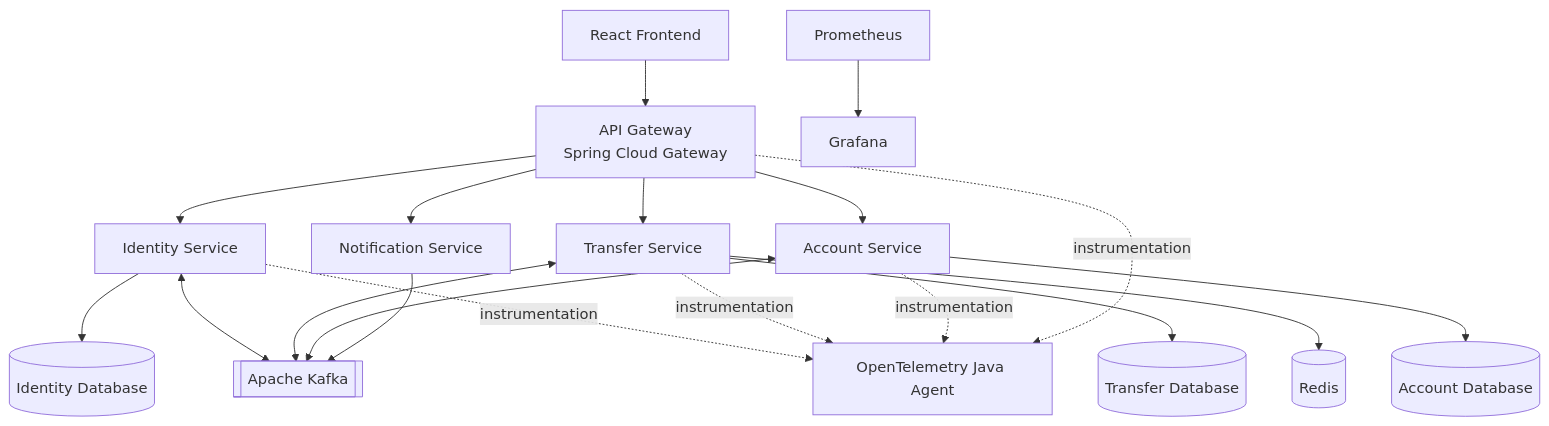
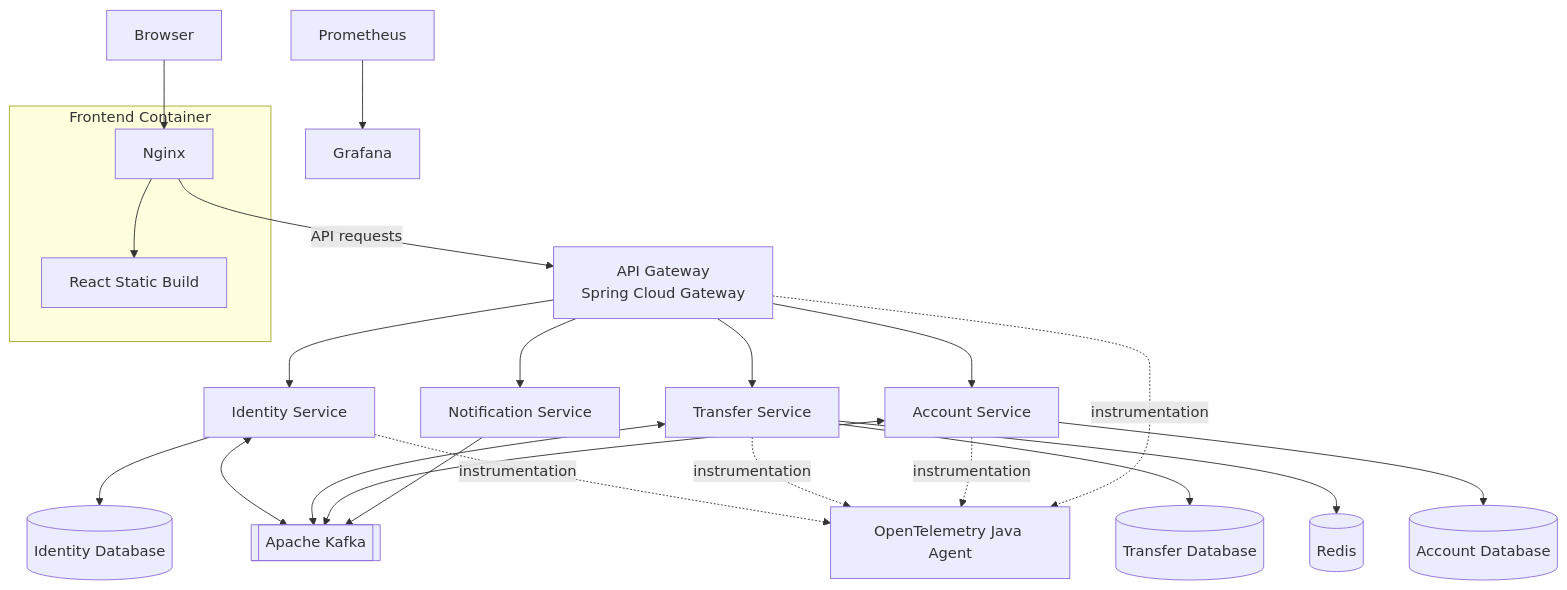
Before and after one commit to maxrazor/P2P_Payment_Ledger: the diagram in README.md, drawn with Mermaid. The commit also changed other lines of this file and 1 other file, not shown here.

````diff
--- a/README.md
+++ b/README.md
@@ -49,43 +49,51 @@
 ```mermaid
 flowchart TB
-    Client["React Frontend"]
+    Browser["Browser"]
+    subgraph Frontend["Frontend Container"]
+        Nginx["Nginx"]
+        React["React Static Build"]
+        Nginx --> React
+    end
+
     Gateway["API Gateway<br/>Spring Cloud Gateway"]
     Identity["Identity Service"]
     Transfer["Transfer Service"]
     Account["Account Service"]
     Notification["Notification Service"]
 
     IdentityDB[("Identity Database")]
     TransferDB[("Transfer Database")]
     AccountDB[("Account Database")]
 
     Kafka[["Apache Kafka"]]
     Redis[("Redis")]
     Prometheus["Prometheus"]
     Grafana["Grafana"]
     OTel["OpenTelemetry Java Agent"]
 
-    Client --> Gateway
+    Browser --> Nginx
+    Nginx -->|"API requests"| Gateway
+
     Gateway --> Identity
     Gateway --> Transfer
     Gateway --> Account
     Gateway --> Notification
 
     Identity --> IdentityDB
     Transfer --> TransferDB
     Account --> AccountDB
 
     Identity <--> Kafka
     Transfer <--> Kafka
     Account <--> Kafka
     Notification --> Kafka
 
     Transfer --> Redis
 
     Identity -. instrumentation .-> OTel
     Transfer -. instrumentation .-> OTel
     Account -. instrumentation .-> OTel
     Gateway -. instrumentation .-> OTel
 
     Prometheus --> Grafana
 ```
````
